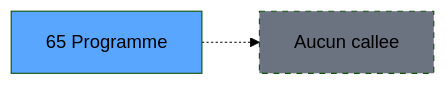
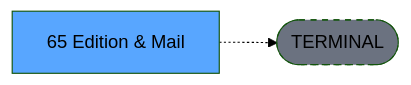
The third of 3 diagrams in .openspec/specs/ADH-IDE-65.md (thonyAGP/lecteur-magic), drawn with Mermaid (forest theme) before and after one commit. The commit also changed other lines of this file and 701 other files, not shown here.

````diff
--- a/.openspec/specs/ADH-IDE-65.md
+++ b/.openspec/specs/ADH-IDE-65.md
@@ -148,8 +140,8 @@
 ```mermaid
 graph LR
-    T[65 Programme]
-    NONE[Aucun callee]
-    T -.-> NONE
+    T[65 Edition & Mail ]
+    TERM([TERMINAL])
+    T -.-> TERM
+    style TERM fill:#6b7280,stroke-dasharray: 5 5
     style T fill:#58a6ff,color:#000
-    style NONE fill:#6b7280,stroke-dasharray: 5 5
 ```
````
